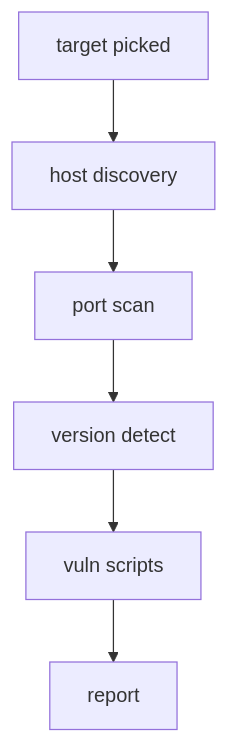
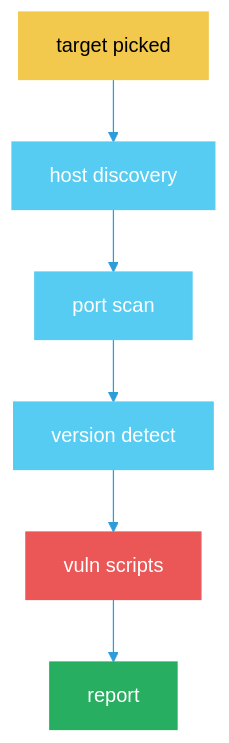
Before and after one commit to 444Nazky/My-Vault: the sixth of 8 diagrams in Graphs/Security-IR-Diagrams.md, drawn with Mermaid. The commit also changed other lines of this file and 15 other files, not shown here.

````diff
--- a/Graphs/Security-IR-Diagrams.md
+++ b/Graphs/Security-IR-Diagrams.md
@@ -72,8 +97,15 @@
 ```mermaid
+%%{init: {'theme': 'default', 'themeVariables': { 'primaryColor': '#2D9CDB', 'lineColor': '#2D9CDB'}}}%%
 flowchart TD
  TARGET["target picked"] --> DISC["host discovery"]
  DISC --> PORTS["port scan"]
  PORTS --> VER3["version detect"]
  VER3 --> VULN2["vuln scripts"]
  VULN2 --> REPORT["report"]
+ style TARGET fill:#F2C94C,stroke:#F2C94C,color:#000
+ style DISC fill:#56CCF2,stroke:#56CCF2,color:#fff
+ style PORTS fill:#56CCF2,stroke:#56CCF2,color:#fff
+ style VER3 fill:#56CCF2,stroke:#56CCF2,color:#fff
+ style VULN2 fill:#EB5757,stroke:#EB5757,color:#fff
+ style REPORT fill:#27AE60,stroke:#27AE60,color:#fff
 ```
````
